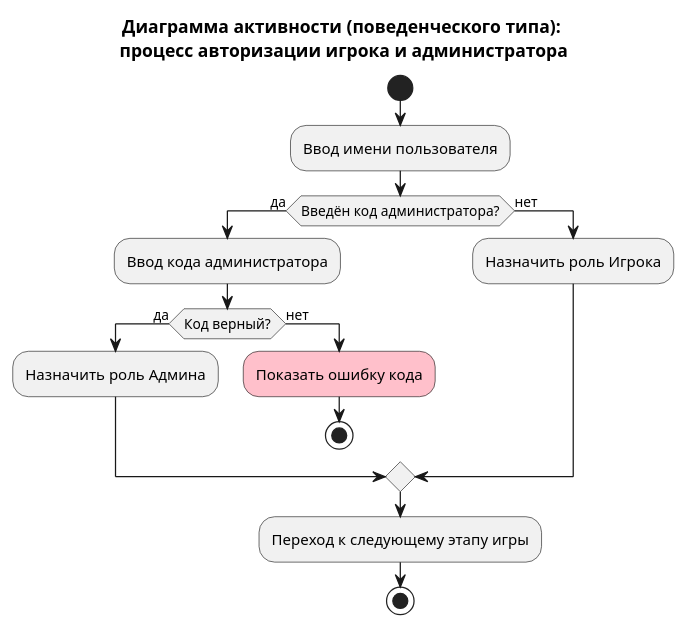
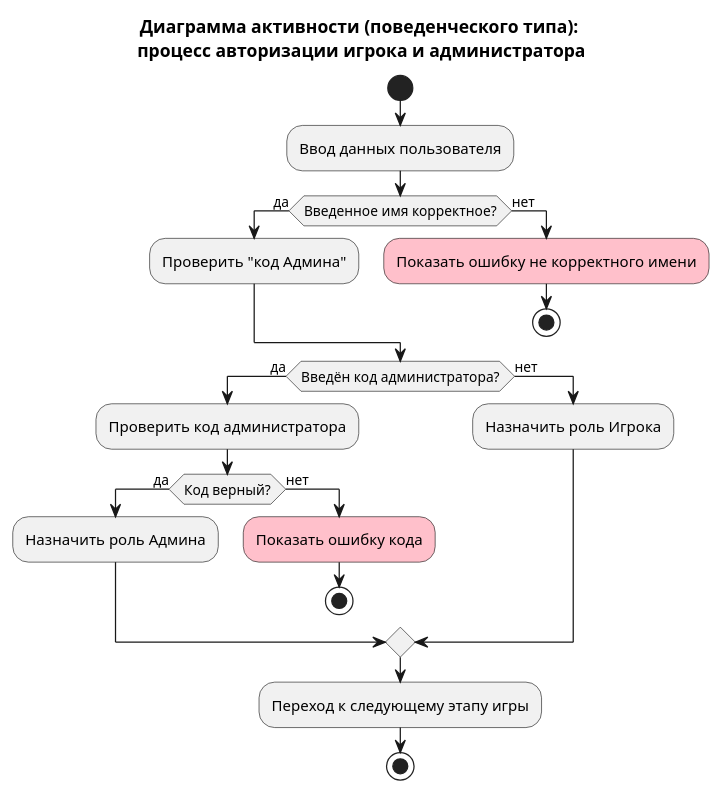
One commit to VadimContentHunter/browser-game-bang changed the diagram in public/docs/diagrams/src/clean-architecture/behavioral-activity-diagrams/activity_behavioral_auth_player_admin.puml. Above: the diagram before and after it, drawn with PlantUML.

Commit message:
docs(diagrams): Fix activity_behavioral_auth_player_admin diagram

```diff
--- a/public/docs/diagrams/src/clean-architecture/behavioral-activity-diagrams/activity_behavioral_auth_player_admin.puml
+++ b/public/docs/diagrams/src/clean-architecture/behavioral-activity-diagrams/activity_behavioral_auth_player_admin.puml
@@ -1,23 +1,30 @@
 @startuml activity_behavioral_auth_player_admin
 title Диаграмма активности (поведенческого типа):\n процесс авторизации игрока и администратора
 
 start
 
-:Ввод имени пользователя;
+:Ввод данных пользователя;
+
+if (Введенное имя корректное?) then (да)
+  :Проверить "код Админа";
+else (нет)
+  #pink:Показать ошибку не корректного имени;
+  stop
+endif
 
 if (Введён код администратора?) then (да)
-  :Ввод кода администратора;
+  :Проверить код администратора;
   if (Код верный?) then (да)
     :Назначить роль Админа;
   else (нет)
     #pink:Показать ошибку кода;
     stop
   endif
 else (нет)
   :Назначить роль Игрока;
 endif
 
 :Переход к следующему этапу игры;
 
 stop
 @enduml
```
